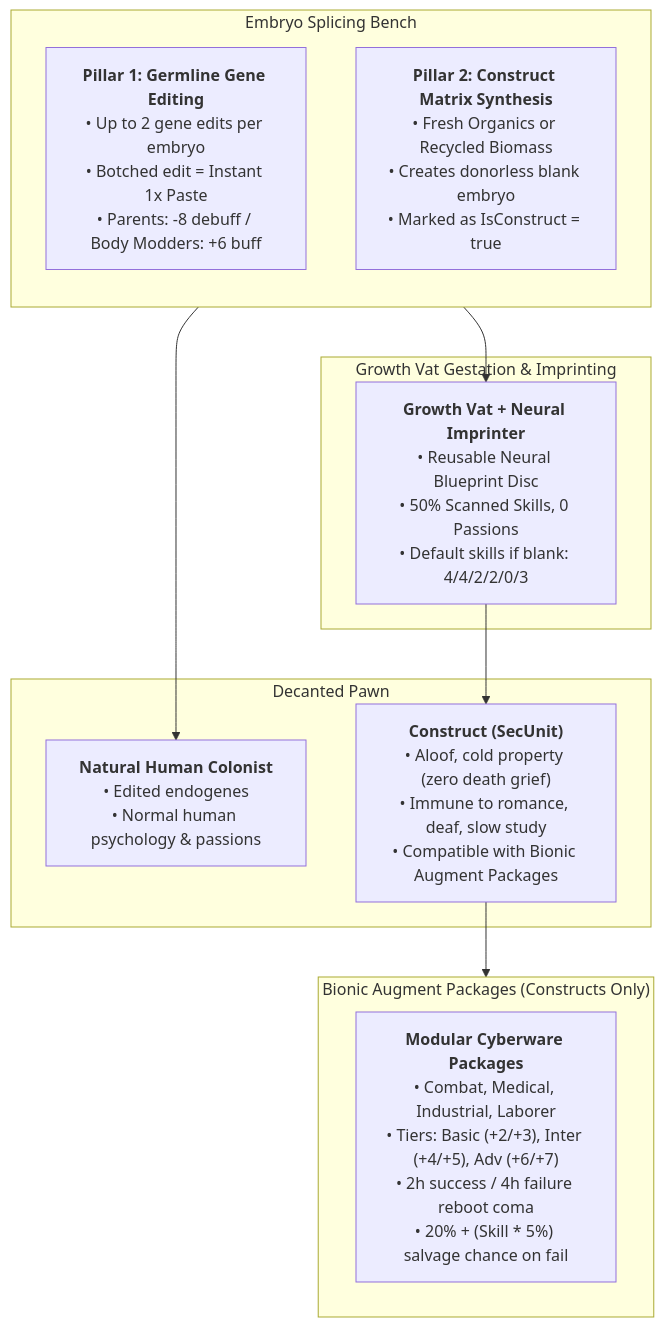
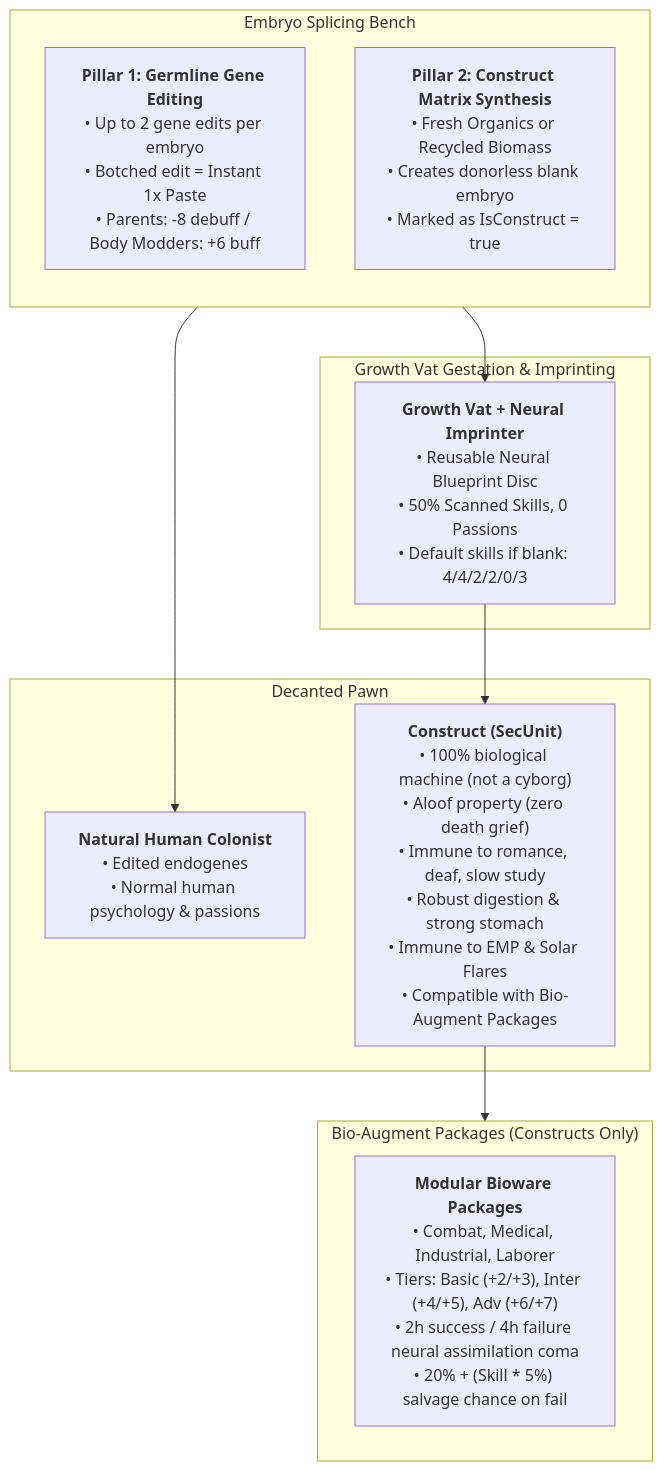
Before and after one commit to tkilb/rimworld-mods: the diagram in mods/custom/eugenics-program/spec.md, drawn with Mermaid. The commit also changed other lines of this file and 4 other files, not shown here.

Commit message:
chore: updates construct spec nature of being biological

````diff
--- a/mods/custom/eugenics-program/spec.md
+++ b/mods/custom/eugenics-program/spec.md
@@ -15,24 +15,24 @@
 ```mermaid
 flowchart TD
     subgraph SplicingBench["Embryo Splicing Bench"]
         direction TB
         Pillar1["<b>Pillar 1: Germline Gene Editing</b><br/>• Up to 2 gene edits per embryo<br/>• Botched edit = Instant 1x Paste<br/>• Parents: -8 debuff / Body Modders: +6 buff"]
         Pillar2["<b>Pillar 2: Construct Matrix Synthesis</b><br/>• Fresh Organics or Recycled Biomass<br/>• Creates donorless blank embryo<br/>• Marked as IsConstruct = true"]
     end
 
     subgraph Maturation["Growth Vat Gestation & Imprinting"]
         Vat["<b>Growth Vat + Neural Imprinter</b><br/>• Reusable Neural Blueprint Disc<br/>• 50% Scanned Skills, 0 Passions<br/>• Default skills if blank: 4/4/2/2/0/3"]
     end
 
     subgraph DecantedPawn["Decanted Pawn"]
         NaturalHuman["<b>Natural Human Colonist</b><br/>• Edited endogenes<br/>• Normal human psychology & passions"]
-        ConstructUnit["<b>Construct (SecUnit)</b><br/>• Aloof, cold property (zero death grief)<br/>• Immune to romance, deaf, slow study<br/>• Compatible with Bionic Augment Packages"]
+        ConstructUnit["<b>Construct (SecUnit)</b><br/>• 100% biological machine (not a cyborg)<br/>• Aloof property (zero death grief)<br/>• Immune to romance, deaf, slow study<br/>• Robust digestion & strong stomach<br/>• Immune to EMP & Solar Flares<br/>• Compatible with Bio-Augment Packages"]
     end
 
-    subgraph Enhancement["Bionic Augment Packages (Constructs Only)"]
-        Packages["<b>Modular Cyberware Packages</b><br/>• Combat, Medical, Industrial, Laborer<br/>• Tiers: Basic (+2/+3), Inter (+4/+5), Adv (+6/+7)<br/>• 2h success / 4h failure reboot coma<br/>• 20% + (Skill * 5%) salvage chance on fail"]
+    subgraph Enhancement["Bio-Augment Packages (Constructs Only)"]
+        Packages["<b>Modular Bioware Packages</b><br/>• Combat, Medical, Industrial, Laborer<br/>• Tiers: Basic (+2/+3), Inter (+4/+5), Adv (+6/+7)<br/>• 2h success / 4h failure neural assimilation coma<br/>• 20% + (Skill * 5%) salvage chance on fail"]
     end
 
     Pillar1 --> NaturalHuman
     Pillar2 --> Vat --> ConstructUnit --> Enhancement
 ```
````
